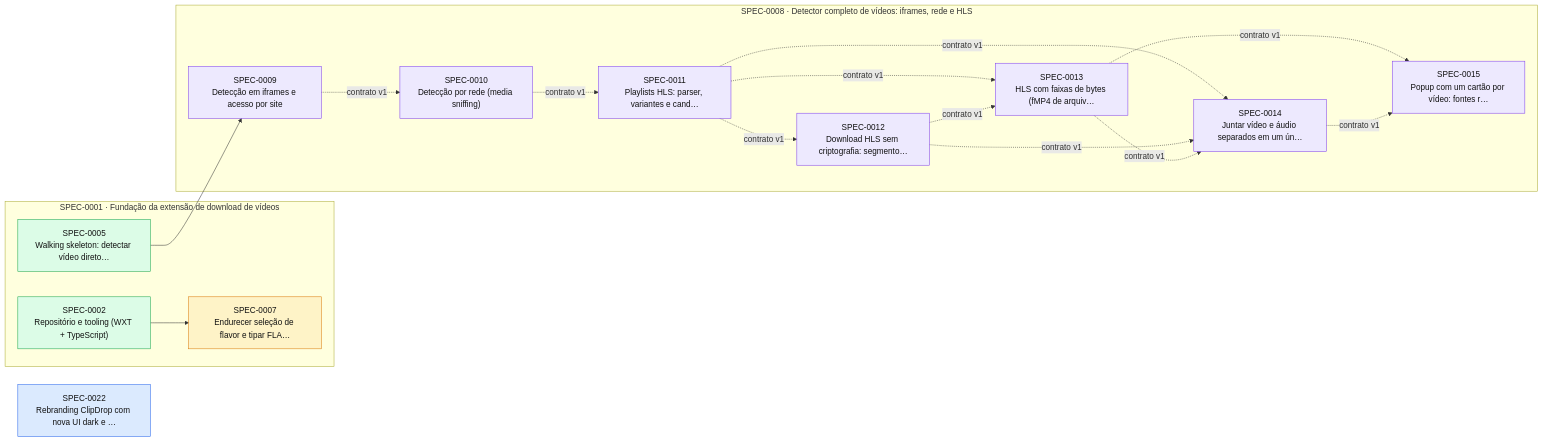
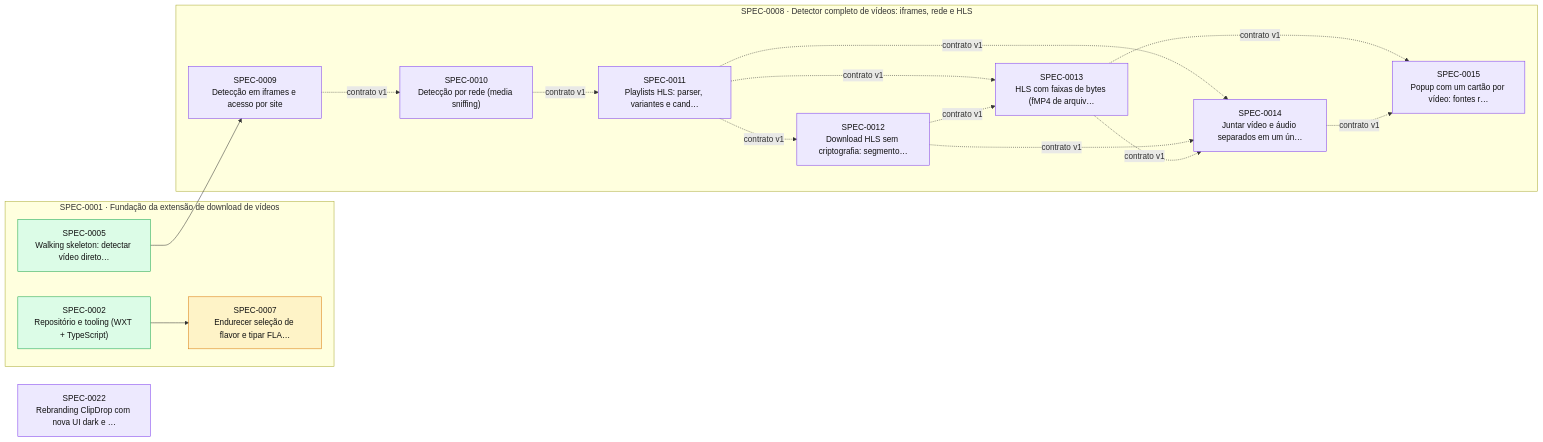
One commit to thomasravache/video-downloader changed the diagram in docs/specs/INDEX.md. Above: the diagram before and after it, drawn with Mermaid. The commit also changed other lines of this file and 1 other file, not shown here.

First line of the commit message:
docs(spec): start SPEC-0022 execution

````diff
--- a/docs/specs/INDEX.md
+++ b/docs/specs/INDEX.md
@@ -67,35 +67,35 @@
 ```mermaid
 flowchart LR
-  S0022["SPEC-0022<br/>Rebranding ClipDrop com nova UI dark e …"]:::approved
+  S0022["SPEC-0022<br/>Rebranding ClipDrop com nova UI dark e …"]:::inprogress
   subgraph E0001["SPEC-0001 · Fundação da extensão de download de vídeos"]
     S0002["SPEC-0002<br/>Repositório e tooling (WXT + TypeScript)"]:::implemented
     S0005["SPEC-0005<br/>Walking skeleton: detectar vídeo direto…"]:::implemented
     S0007["SPEC-0007<br/>Endurecer seleção de flavor e tipar FLA…"]:::proposed
   end
   subgraph E0008["SPEC-0008 · Detector completo de vídeos: iframes, rede e HLS"]
     S0009["SPEC-0009<br/>Detecção em iframes e acesso por site"]:::inprogress
     S0010["SPEC-0010<br/>Detecção por rede (media sniffing)"]:::inprogress
     S0011["SPEC-0011<br/>Playlists HLS: parser, variantes e cand…"]:::inprogress
     S0012["SPEC-0012<br/>Download HLS sem criptografia: segmento…"]:::inprogress
     S0013["SPEC-0013<br/>HLS com faixas de bytes (fMP4 de arquiv…"]:::inprogress
     S0014["SPEC-0014<br/>Juntar vídeo e áudio separados em um ún…"]:::inprogress
     S0015["SPEC-0015<br/>Popup com um cartão por vídeo: fontes r…"]:::inprogress
   end
   S0002 --> S0007
   S0005 --> S0009
   S0009 -. contrato v1 .-> S0010
   S0010 -. contrato v1 .-> S0011
   S0011 -. contrato v1 .-> S0012
   S0011 -. contrato v1 .-> S0013
   S0012 -. contrato v1 .-> S0013
   S0011 -. contrato v1 .-> S0014
   S0012 -. contrato v1 .-> S0014
   S0013 -. contrato v1 .-> S0014
   S0013 -. contrato v1 .-> S0015
   S0014 -. contrato v1 .-> S0015
   classDef proposed fill:#fef3c7,stroke:#d97706,color:#111
   classDef approved fill:#dbeafe,stroke:#2563eb,color:#111
   classDef inprogress fill:#ede9fe,stroke:#7c3aed,color:#111
   classDef implemented fill:#dcfce7,stroke:#16a34a,color:#111
   classDef deprecated fill:#f3f4f6,stroke:#9ca3af,color:#6b7280
 ```
````
